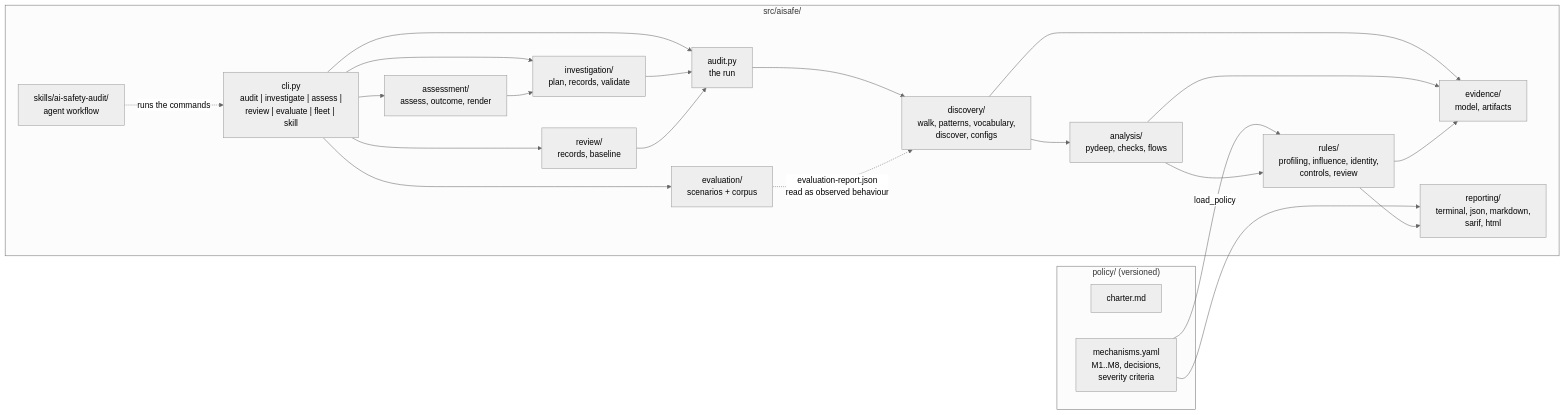
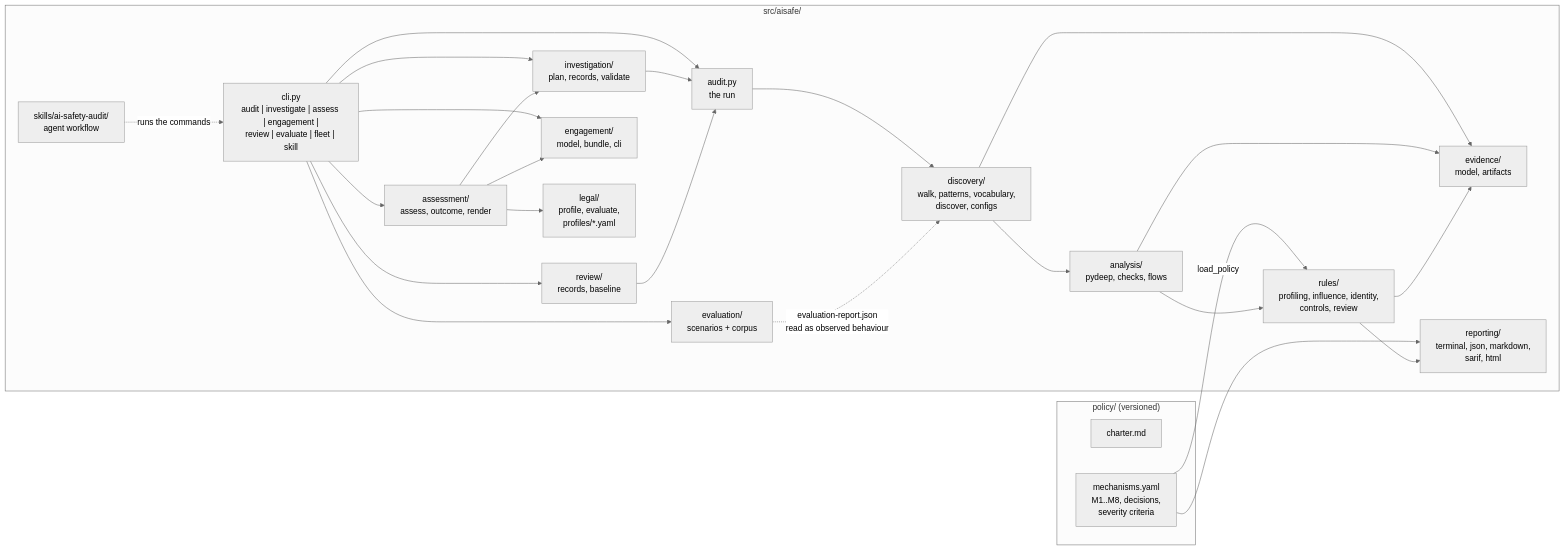
Before and after one commit to ai-safe-earth/AnyAISafe: the first of 4 diagrams in docs/architecture.md, drawn with Mermaid (neutral theme). The commit also changed other lines of this file and 37 other files, not shown here.

First line of the commit message:
feat(workbench): engagements, legal profiles and the bundle manifest (stage B)

````diff
--- a/docs/architecture.md
+++ b/docs/architecture.md
@@ -8,37 +8,42 @@
 ```mermaid
 flowchart LR
     subgraph policy["policy/ (versioned)"]
         CH["charter.md"]
         ME["mechanisms.yaml<br/>M1..M8, decisions,<br/>severity criteria"]
     end
     subgraph src["src/aisafe/"]
-        CLI["cli.py<br/>audit | investigate | assess |<br/>review | evaluate | fleet | skill"]
+        CLI["cli.py<br/>audit | investigate | assess | engagement |<br/>review | evaluate | fleet | skill"]
         AUD["audit.py<br/>the run"]
         DISC["discovery/<br/>walk, patterns, vocabulary,<br/>discover, configs"]
         ANA["analysis/<br/>pydeep, checks, flows"]
         EVI["evidence/<br/>model, artifacts"]
         RUL["rules/<br/>profiling, influence, identity,<br/>controls, review"]
         REV["review/<br/>records, baseline"]
         REP["reporting/<br/>terminal, json, markdown,<br/>sarif, html"]
         EVAL["evaluation/<br/>scenarios + corpus"]
         INV["investigation/<br/>plan, records, validate"]
         ASM["assessment/<br/>assess, outcome, render"]
+        ENG["engagement/<br/>model, bundle, cli"]
+        LEG["legal/<br/>profile, evaluate,<br/>profiles/*.yaml"]
         SK["skills/ai-safety-audit/<br/>agent workflow"]
     end
     ME -->|load_policy| RUL
     ME --> REP
     CLI --> AUD
     CLI --> REV
     CLI --> EVAL
     CLI --> INV
     CLI --> ASM
+    CLI --> ENG
     INV --> AUD
     ASM --> INV
+    ASM --> ENG
+    ASM --> LEG
     AUD --> DISC --> ANA --> RUL --> REP
     DISC --> EVI
     ANA --> EVI
     RUL --> EVI
     REV --> AUD
     EVAL -.->|evaluation-report.json<br/>read as observed behaviour| DISC
     SK -.->|runs the commands| CLI
 ```
````
